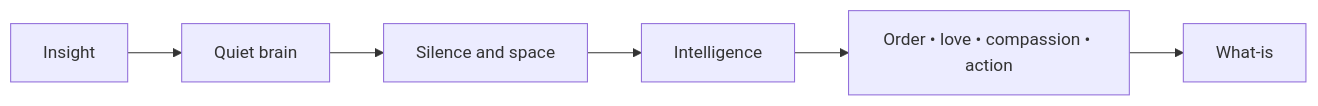
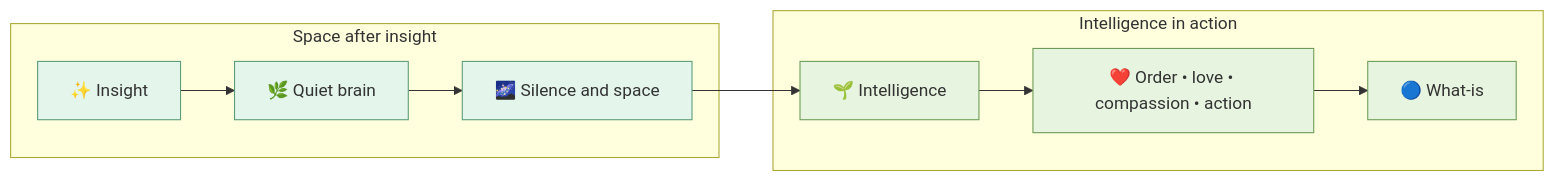
Diagram 11 of 11 in _posts/2026-09-08-architecture-of-the-mind-krishnamurti.md (enogrob/enogrob.github.io), drawn with Mermaid before and after one commit. The commit also changed other lines of this file, not shown here.

````diff
--- a/_posts/2026-09-08-architecture-of-the-mind-krishnamurti.md
+++ b/_posts/2026-09-08-architecture-of-the-mind-krishnamurti.md
@@ -217,8 +406,16 @@
 ```mermaid!
 flowchart LR
-    I["Insight"] --> Q["Quiet brain"]
-    Q --> S["Silence and space"]
-    S --> N["Intelligence"]
-    N --> A["Order • love • compassion • action"]
-    A --> W["What-is"]
+    subgraph QUIET[Space after insight]
+      I["✨ Insight"] --> Q["🌿 Quiet brain"]
+      Q --> S["🌌 Silence and space"]
+    end
+    subgraph ACTION[Intelligence in action]
+      S --> N["🌱 Intelligence"]
+      N --> A["❤️ Order • love • compassion • action"]
+      A --> W["🔵 What-is"]
+    end
+    classDef insight fill:#e4f5ec,stroke:#5b9b78,stroke-width:1px
+    classDef action fill:#e7f4df,stroke:#6b9b55,stroke-width:1px
+    class I,Q,S insight
+    class N,A,W action
 ```
````
